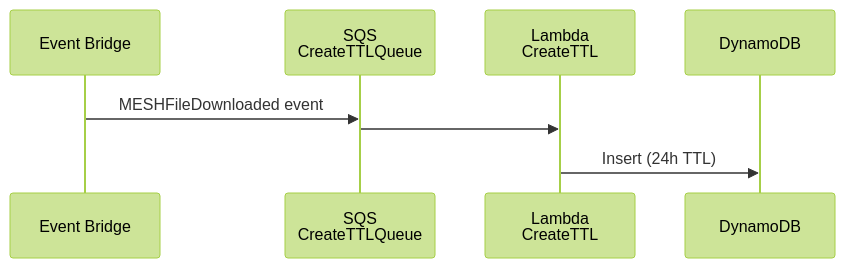
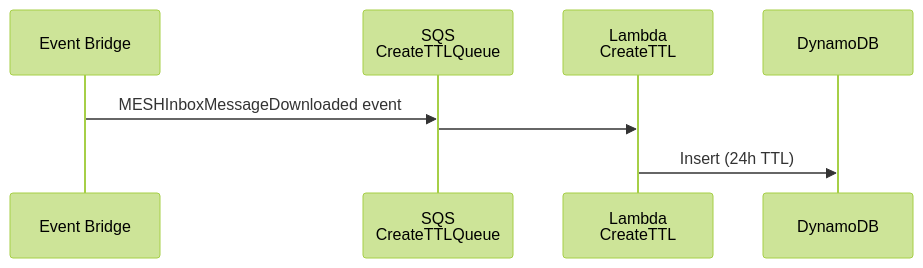
One commit to RossBugginsNHS/nhs-notify-digital-letters changed the diagram in docs/diagrams/create-print-ttl-sequence.md. Above: the diagram before and after it, drawn with Mermaid (forest theme). The commit also changed other lines of this file and 20 other files, not shown here.

First line of the commit message:
CCM-12774: Updated event names. Added reporting architecture (#77)

````diff
--- a/docs/diagrams/create-print-ttl-sequence.md
+++ b/docs/diagrams/create-print-ttl-sequence.md
@@ -14,12 +14,12 @@
 ```mermaid
 sequenceDiagram
   participant eb as Event Bridge
   participant sqs as SQS<br/>CreateTTLQueue
   participant createTTL as Lambda<br/>CreateTTL
   participant dynamo as DynamoDB
 
 
-  eb ->> sqs: MESHFileDownloaded event
+  eb ->> sqs: MESHInboxMessageDownloaded event
   sqs ->> createTTL:
   createTTL ->> dynamo: Insert (24h TTL)
 ```
````
